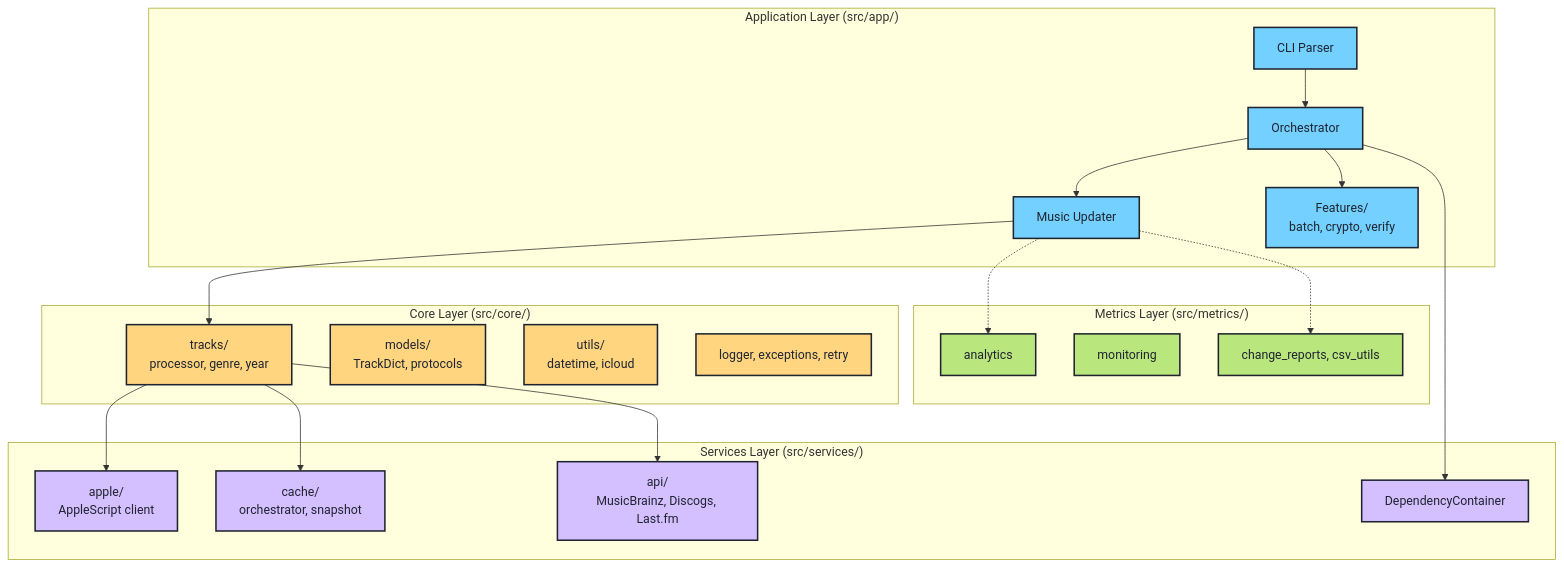
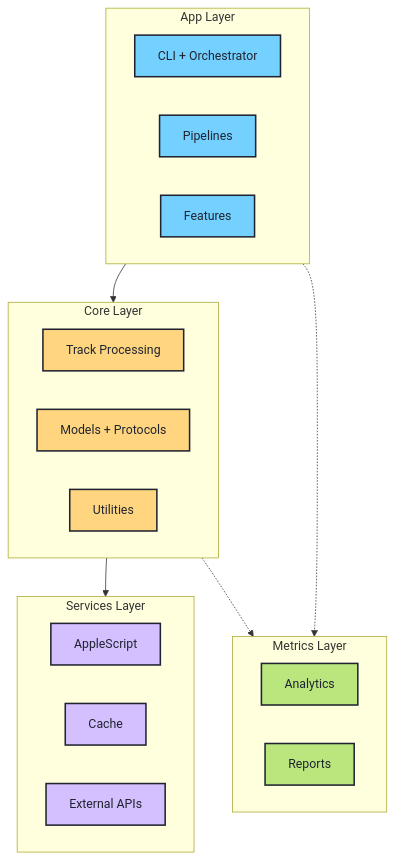
One commit to barad1tos/GenreUpdater changed the first of 5 diagrams in README.md. Above: the diagram before and after it, drawn with Mermaid. The commit also changed other lines of this file, not shown here.

First line of the commit message:
docs(readme): comprehensive architecture diagrams

````diff
--- a/README.md
+++ b/README.md
@@ -333,48 +335,43 @@
 ```mermaid
-graph TD
-    subgraph App["Application Layer (src/app/)"]
-        CLI[CLI Parser]
-        Orchestrator[Orchestrator]
-        MusicUpdater[Music Updater]
-        Features[Features/<br/>batch, crypto, verify]
+graph TB
+    subgraph App["App Layer"]
+        direction LR
+        A1[CLI + Orchestrator]
+        A2[Pipelines]
+        A3[Features]
     end
 
-    subgraph Core["Core Layer (src/core/)"]
-        TrackProcessor[tracks/<br/>processor, genre, year]
-        Models[models/<br/>TrackDict, protocols]
-        Utils[utils/<br/>datetime, icloud]
-        Logger[logger, exceptions, retry]
+    subgraph Core["Core Layer"]
+        direction LR
+        C1[Track Processing]
+        C2[Models + Protocols]
+        C3[Utilities]
     end
 
-    subgraph Services["Services Layer (src/services/)"]
-        DI[DependencyContainer]
-        Apple[apple/<br/>AppleScript client]
-        Cache[cache/<br/>orchestrator, snapshot]
-        APIs[api/<br/>MusicBrainz, Discogs, Last.fm]
+    subgraph Services["Services Layer"]
+        direction LR
+        S1[AppleScript]
+        S2[Cache]
+        S3[External APIs]
     end
 
-    subgraph Metrics["Metrics Layer (src/metrics/)"]
-        Analytics[analytics]
-        Monitoring[monitoring]
-        Reports[change_reports, csv_utils]
+    subgraph Metrics["Metrics Layer"]
+        direction LR
+        M1[Analytics]
+        M2[Reports]
     end
 
-    CLI --> Orchestrator
-    Orchestrator --> MusicUpdater
-    Orchestrator --> Features
-    MusicUpdater --> TrackProcessor
-    TrackProcessor --> Apple
-    TrackProcessor --> Cache
-    TrackProcessor --> APIs
-    Orchestrator --> DI
-    MusicUpdater -.-> Analytics
-    MusicUpdater -.-> Reports
+    App --> Core
+    Core --> Services
+    App -.-> Metrics
+    Core -.-> Metrics
+
     classDef appLayer fill:#73D0FF,stroke:#1F2430,stroke-width:2px,color:#1F2430
     classDef coreLayer fill:#FFD580,stroke:#1F2430,stroke-width:2px,color:#1F2430
     classDef servicesLayer fill:#D4BFFF,stroke:#1F2430,stroke-width:2px,color:#1F2430
     classDef metricsLayer fill:#BAE67E,stroke:#1F2430,stroke-width:2px,color:#1F2430
-    class CLI,Orchestrator,MusicUpdater,Features appLayer
-    class TrackProcessor,Models,Utils,Logger coreLayer
-    class DI,Apple,Cache,APIs servicesLayer
-    class Analytics,Monitoring,Reports metricsLayer
+    class A1,A2,A3 appLayer
+    class C1,C2,C3 coreLayer
+    class S1,S2,S3 servicesLayer
+    class M1,M2 metricsLayer
 ```
````
